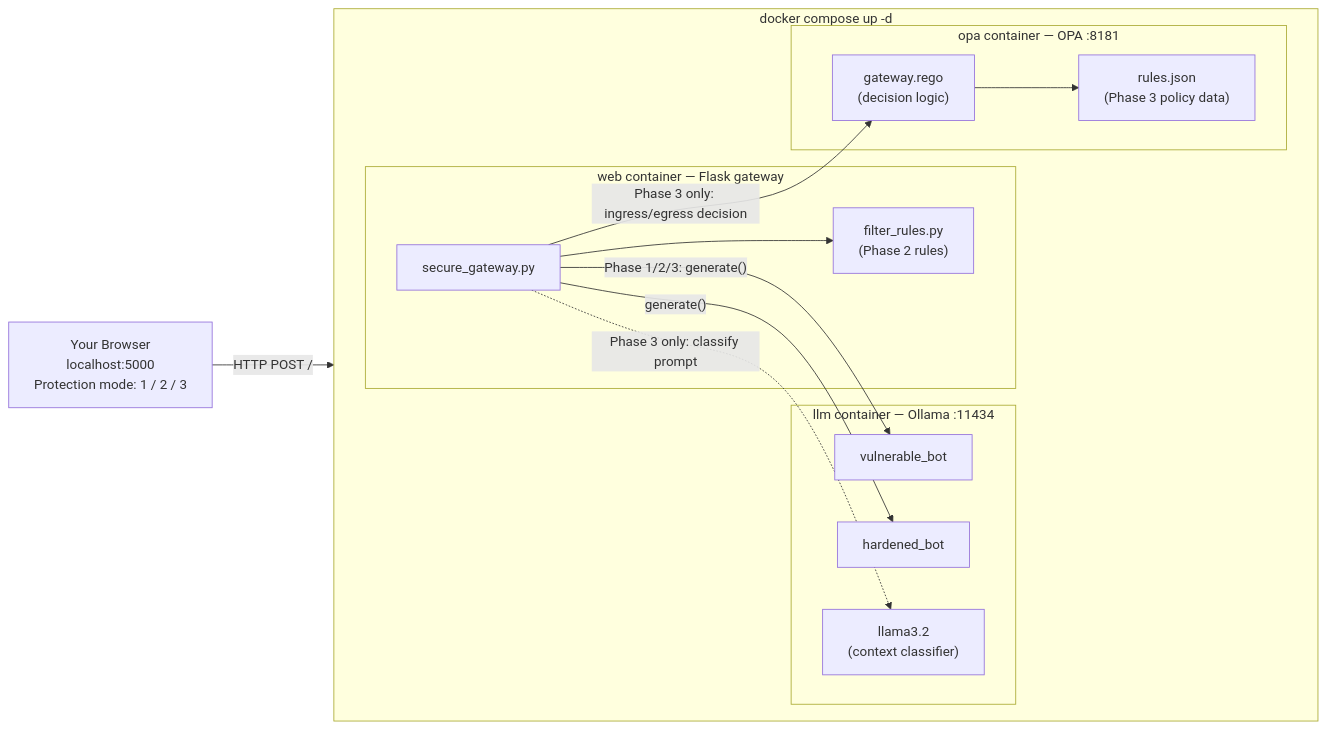
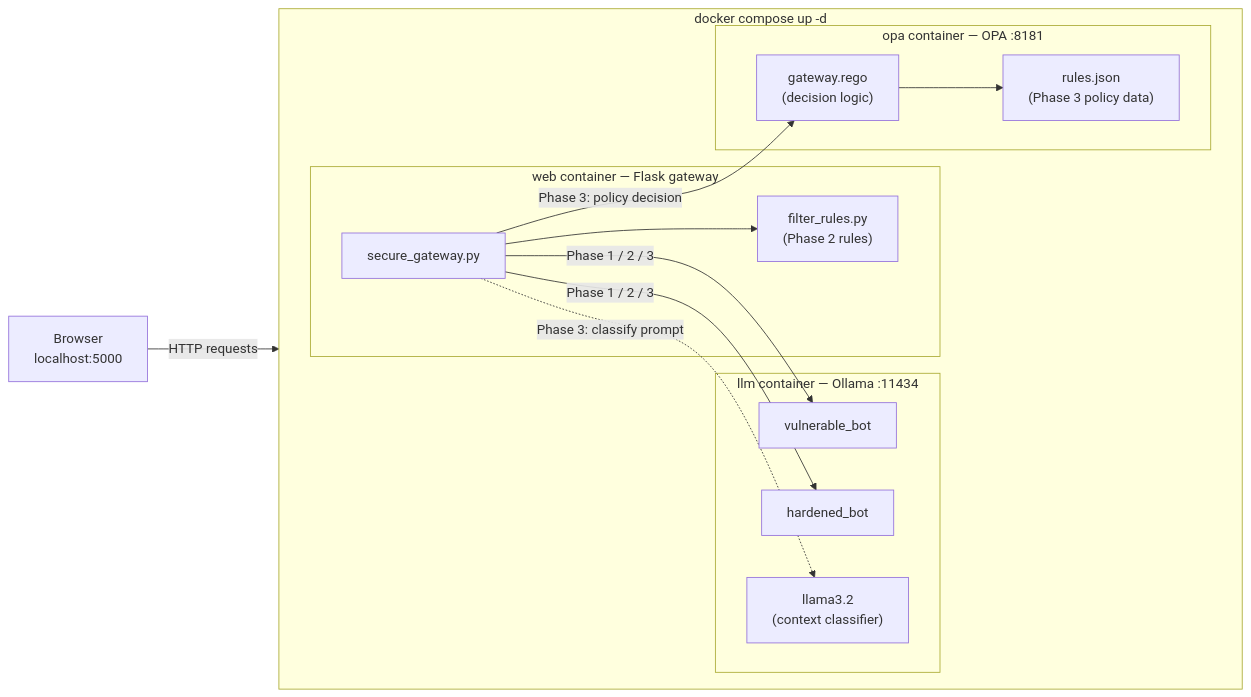
Before and after one commit to SixFiveMil/Securing-AI: the first of 2 diagrams in README.md, drawn with Mermaid. The commit also changed other lines of this file, not shown here.

Commit message:
Update README: enhance clarity, reorganize sections, and refine instructions for lab phases and architecture

````diff
--- a/README.md
+++ b/README.md
@@ -13,32 +31,32 @@
 ```mermaid
 flowchart LR
-    Browser["Your Browser<br/>localhost:5000<br/>Protection mode: 1 / 2 / 3"]
+    Browser["Browser<br/>localhost:5000"]
 
     subgraph Compose["docker compose up -d"]
         direction LR
 
         subgraph web["web container — Flask gateway"]
             GW["secure_gateway.py"]
             FR["filter_rules.py<br/>(Phase 2 rules)"]
         end
 
         subgraph llm["llm container — Ollama :11434"]
             VB["vulnerable_bot"]
             HB["hardened_bot"]
             CTX["llama3.2<br/>(context classifier)"]
         end
 
         subgraph opa["opa container — OPA :8181"]
             REGO["gateway.rego<br/>(decision logic)"]
             RULES["rules.json<br/>(Phase 3 policy data)"]
         end
     end
 
-    Browser -->|"HTTP POST /"| GW
-    GW -->|"Phase 1/2/3: generate()"| VB
-    GW -->|"generate()"| HB
-    GW -.->|"Phase 3 only: classify prompt"| CTX
-    GW -->|"Phase 3 only: ingress/egress decision"| REGO
+    Browser -->|"HTTP requests"| GW
+    GW -->|"Phase 1 / 2 / 3"| VB
+    GW -->|"Phase 1 / 2 / 3"| HB
+    GW -.->|"Phase 3: classify prompt"| CTX
+    GW -->|"Phase 3: policy decision"| REGO
     REGO --> RULES
     GW --> FR
 ```
````
